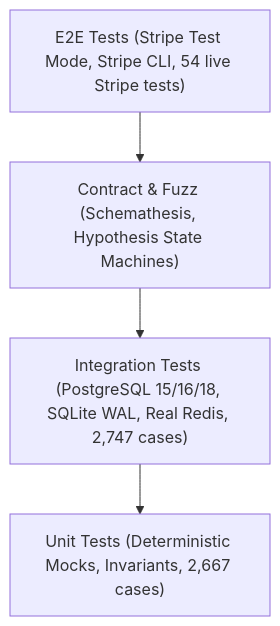
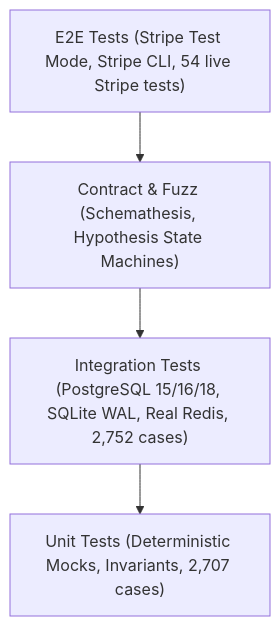
The first of 2 diagrams in docs/TESTING.md (nadeko0/fastapi_e-commerce_backend), drawn with Mermaid before and after one commit. The commit also changed 13 other files, not shown here.

````diff
--- a/docs/TESTING.md
+++ b/docs/TESTING.md
@@ -7,6 +7,6 @@
 ```mermaid
 flowchart TD
     E2E["E2E Tests (Stripe Test Mode, Stripe CLI, 54 live Stripe tests)"] --> Fuzz["Contract & Fuzz (Schemathesis, Hypothesis State Machines)"]
-    Fuzz --> Integration["Integration Tests (PostgreSQL 15/16/18, SQLite WAL, Real Redis, 2,747 cases)"]
-    Integration --> Unit["Unit Tests (Deterministic Mocks, Invariants, 2,667 cases)"]
+    Fuzz --> Integration["Integration Tests (PostgreSQL 15/16/18, SQLite WAL, Real Redis, 2,752 cases)"]
+    Integration --> Unit["Unit Tests (Deterministic Mocks, Invariants, 2,707 cases)"]
 ```
````
